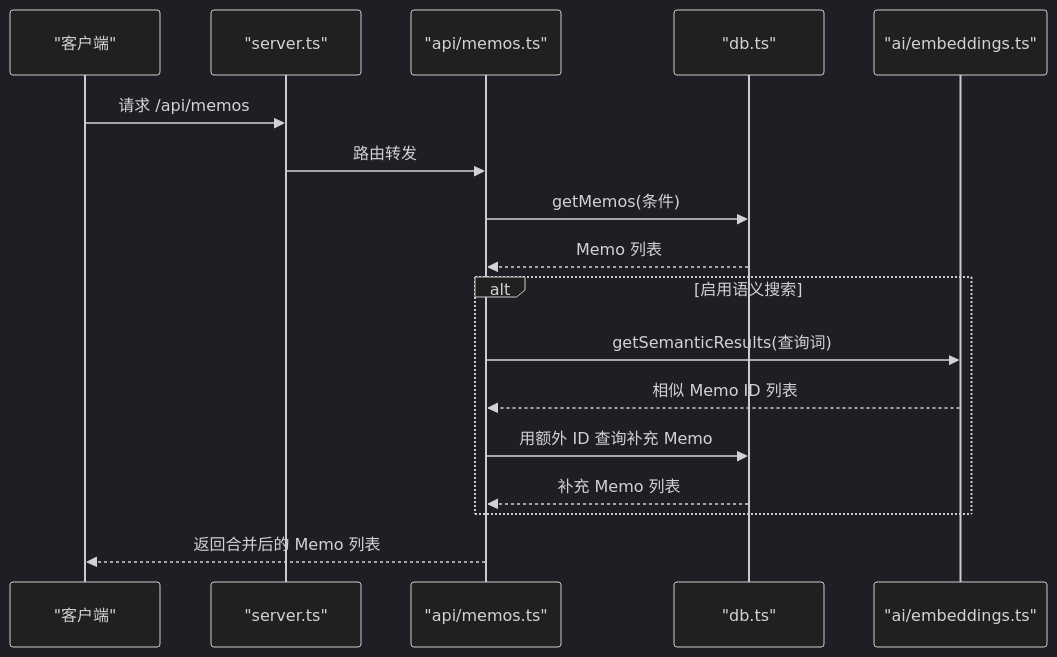
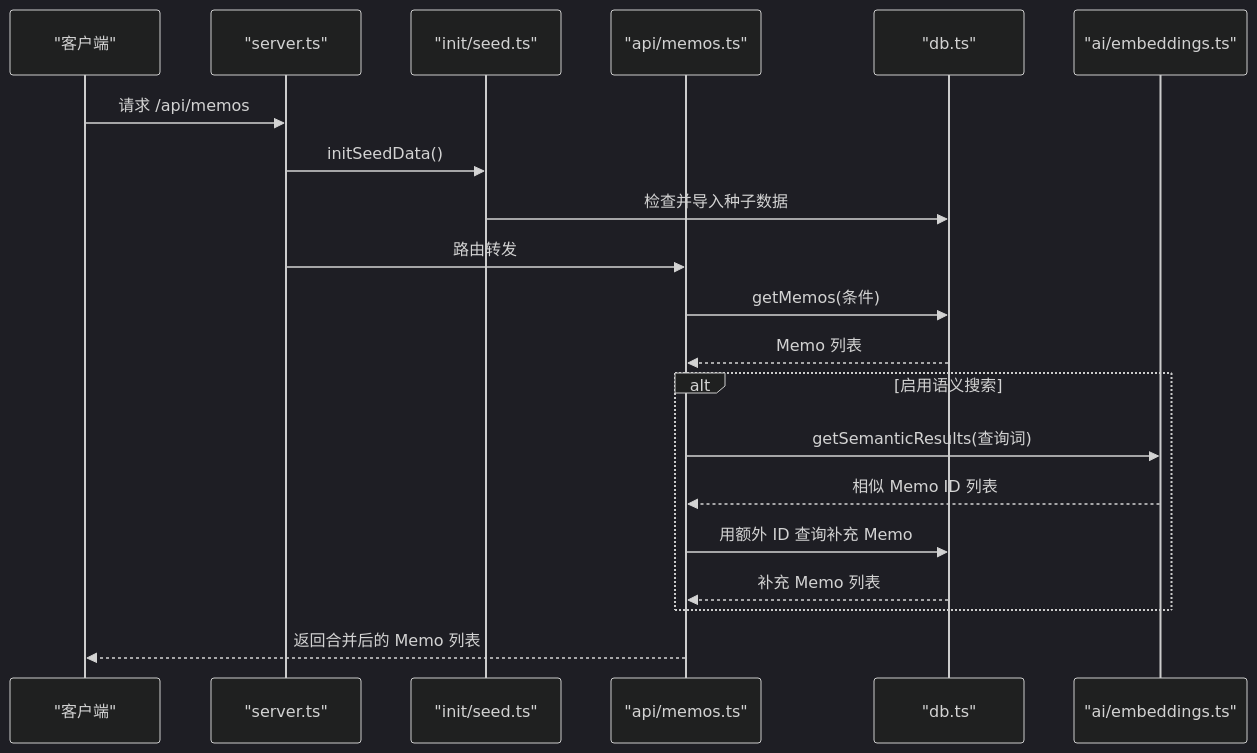
The second of 6 diagrams in .qoder/repowiki/zh/content/架构设计/数据库设计.md (BlackBoxRecorder/memos), drawn with Mermaid (dark theme) before and after one commit. The commit also changed other lines of this file and 7 other files, not shown here.

````diff
--- a/.qoder/repowiki/zh/content/架构设计/数据库设计.md
+++ b/.qoder/repowiki/zh/content/架构设计/数据库设计.md
@@ -96,19 +114,22 @@
 ```mermaid
 sequenceDiagram
 participant C as "客户端"
 participant S as "server.ts"
+participant SEED as "init/seed.ts"
 participant M as "api/memos.ts"
 participant DB as "db.ts"
 participant E as "ai/embeddings.ts"
 C->>S : 请求 /api/memos
+S->>SEED : initSeedData()
+SEED->>DB : 检查并导入种子数据
 S->>M : 路由转发
 M->>DB : getMemos(条件)
 DB-->>M : Memo 列表
 alt 启用语义搜索
 M->>E : getSemanticResults(查询词)
 E-->>M : 相似 Memo ID 列表
 M->>DB : 用额外 ID 查询补充 Memo
 DB-->>M : 补充 Memo 列表
 end
 M-->>C : 返回合并后的 Memo 列表
 ```
````
